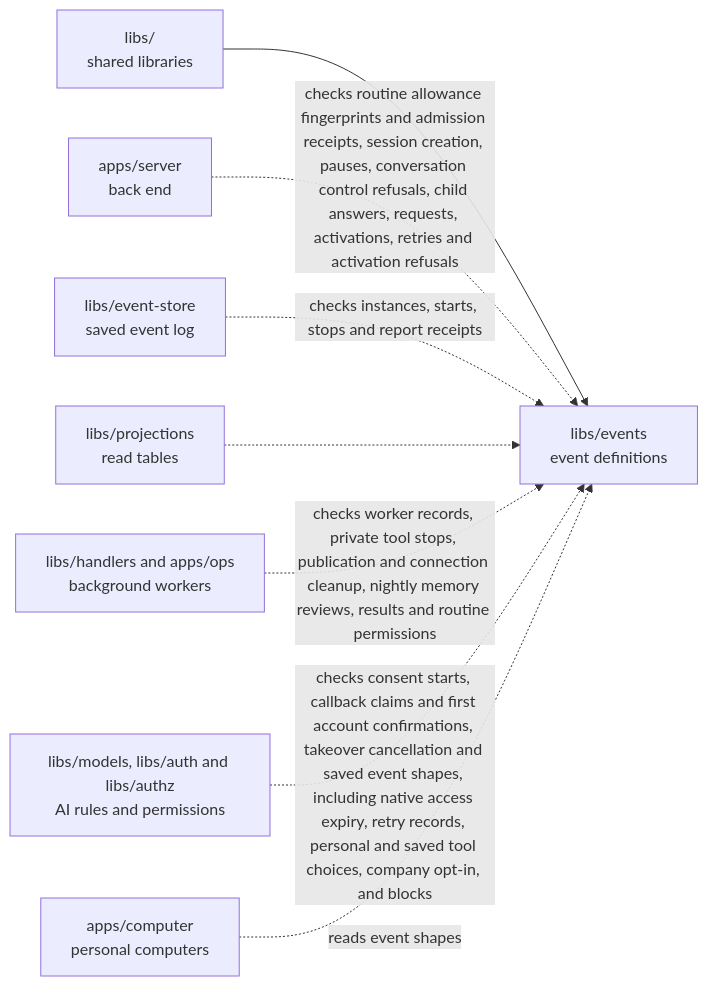
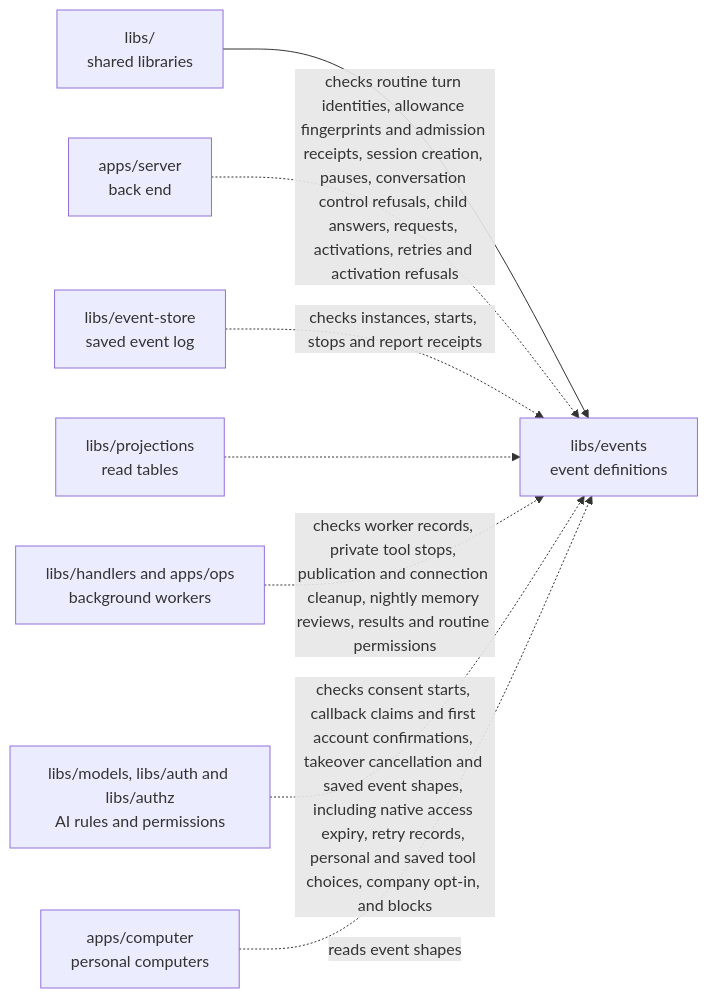
The diagram in libs/events/README.md (elewa-git/opencrane-new), drawn with Mermaid before and after one commit. The commit also changed other lines of this file and 19 other files, not shown here.

````diff
--- a/libs/events/README.md
+++ b/libs/events/README.md
@@ -28,10 +31,10 @@
 ```mermaid
 flowchart LR
   parent["libs/<br/>shared libraries"] --> events["libs/events<br/>event definitions"]
-  server["apps/server<br/>back end"] -.->|checks routine allowance fingerprints and admission receipts, session creation, pauses, conversation control refusals, child answers, requests, activations, retries and activation refusals| events
+  server["apps/server<br/>back end"] -.->|checks routine turn identities, allowance fingerprints and admission receipts, session creation, pauses, conversation control refusals, child answers, requests, activations, retries and activation refusals| events
   store["libs/event-store<br/>saved event log"] -.->|checks instances, starts, stops and report receipts| events
   projections["libs/projections<br/>read tables"] -.-> events
   workers["libs/handlers and apps/ops<br/>background workers"] -.->|checks worker records, private tool stops, publication and connection cleanup, nightly memory reviews, results and routine permissions| events
   models["libs/models, libs/auth and libs/authz<br/>AI rules and permissions"] -.->|checks consent starts, callback claims and first account confirmations, takeover cancellation and saved event shapes, including native access expiry, retry records, personal and saved tool choices, company opt-in, and blocks| events
   computer["apps/computer<br/>personal computers"] -.->|reads event shapes| events
 ```
````
